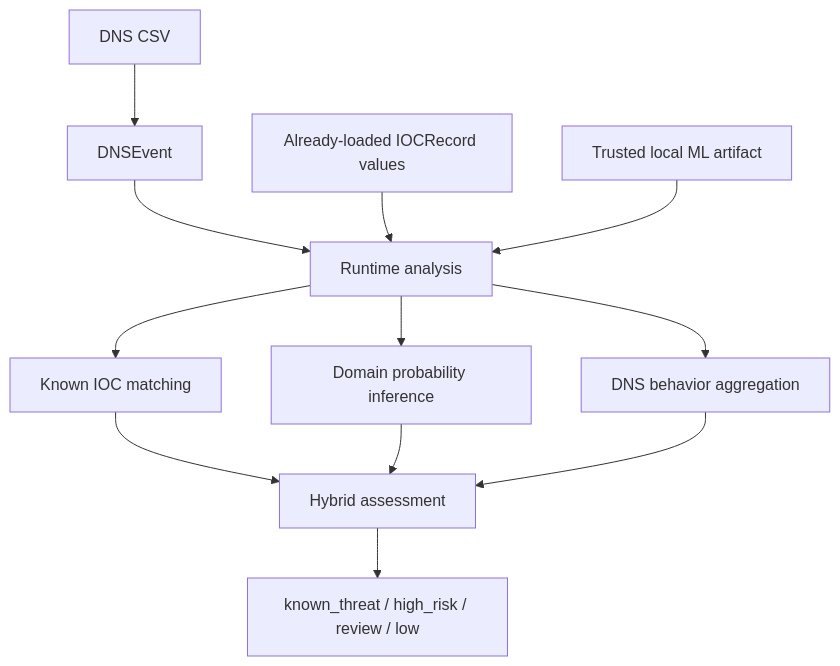
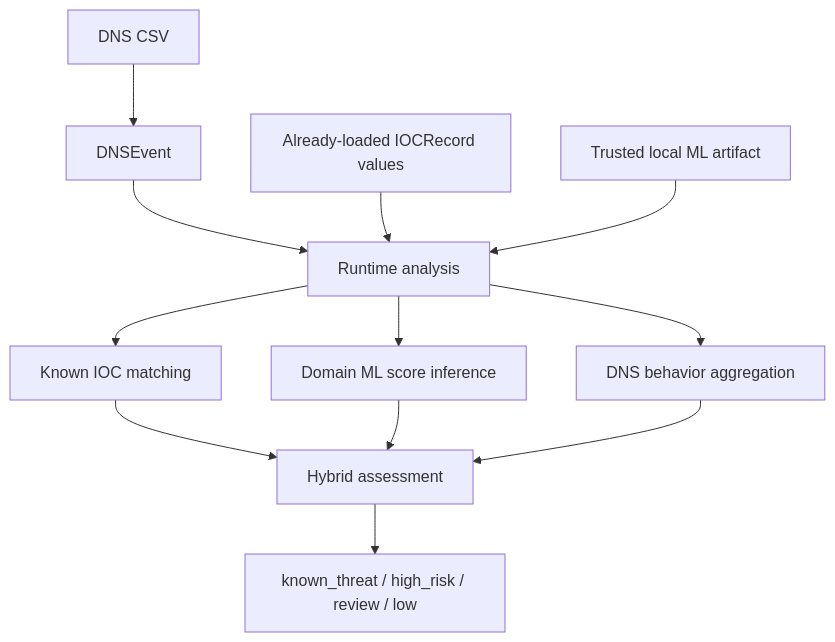
One commit to ConquestorYa/threatfusion-ai changed the third of 6 diagrams in docs/ARCHITECTURE.md. Above: the diagram before and after it, drawn with Mermaid. The commit also changed other lines of this file, not shown here.

Commit message:
docs: document ML score compatibility and final holdout status

````diff
--- a/docs/ARCHITECTURE.md
+++ b/docs/ARCHITECTURE.md
@@ -52,14 +52,14 @@
 ```mermaid
 flowchart TD
     CSV[DNS CSV] --> DNS[DNSEvent]
     DNS --> Runtime[Runtime analysis]
     IOC[Already-loaded IOCRecord values] --> Runtime
     Artifact[Trusted local ML artifact] --> Runtime
     Runtime --> Match[Known IOC matching]
-    Runtime --> ML[Domain probability inference]
+    Runtime --> ML[Domain ML score inference]
     Runtime --> Behavior[DNS behavior aggregation]
     Match --> Hybrid[Hybrid assessment]
     ML --> Hybrid
     Behavior --> Hybrid
     Hybrid --> Verdict[known_threat / high_risk / review / low]
 ```
````
